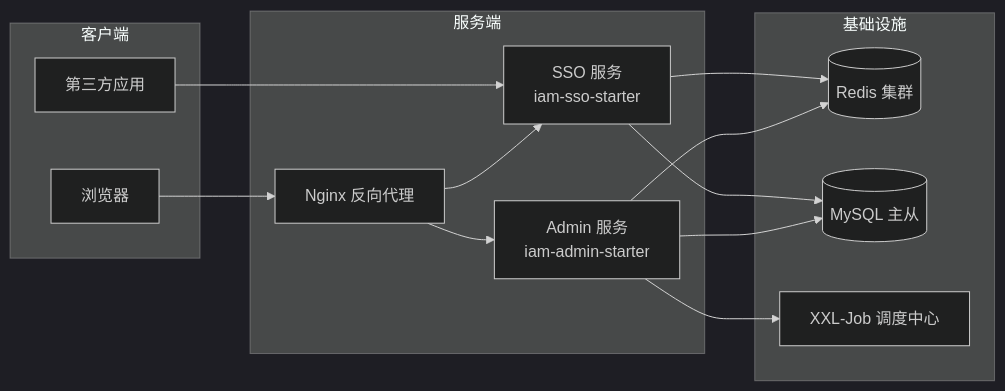
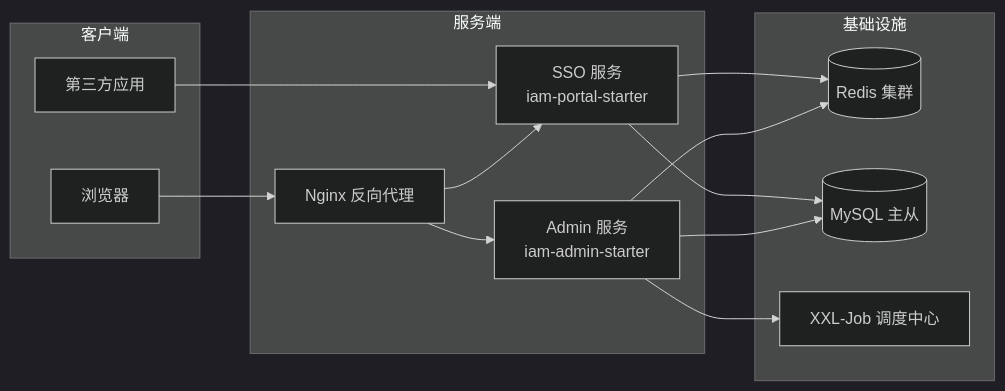
One commit to shrimp-group/sh-iam changed the diagram in docs/living-docs-technical/architecture/deployment.md. Above: the diagram before and after it, drawn with Mermaid (dark theme). The commit also changed other lines of this file and 32 other files, not shown here.

````diff
--- a/docs/living-docs-technical/architecture/deployment.md
+++ b/docs/living-docs-technical/architecture/deployment.md
@@ -5,29 +5,29 @@
 ```mermaid
 graph LR
     subgraph 客户端
         Browser[浏览器]
         ThirdApp[第三方应用]
     end
 
     subgraph 服务端
         Nginx[Nginx 反向代理]
-        SSOService[SSO 服务<br/>iam-sso-starter]
+        SSOService[SSO 服务<br/>iam-portal-starter]
         AdminService[Admin 服务<br/>iam-admin-starter]
     end
 
     subgraph 基础设施
         Redis[(Redis 集群)]
         MySQL[(MySQL 主从)]
         XXLJob[XXL-Job 调度中心]
     end
 
     Browser --> Nginx
     ThirdApp --> SSOService
     Nginx --> SSOService
     Nginx --> AdminService
     SSOService --> Redis
     SSOService --> MySQL
     AdminService --> Redis
     AdminService --> MySQL
     AdminService --> XXLJob
 ```
````
